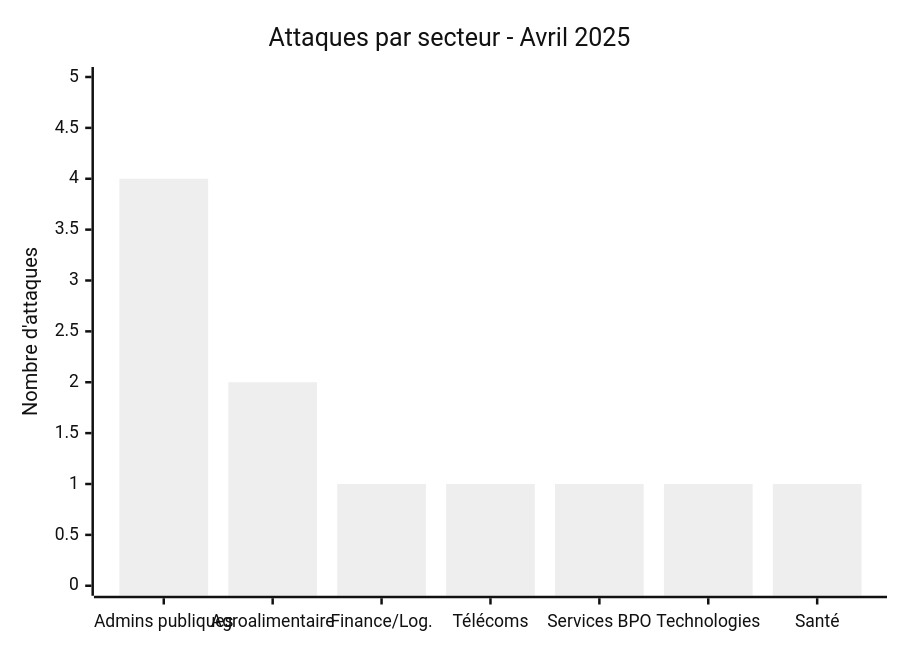
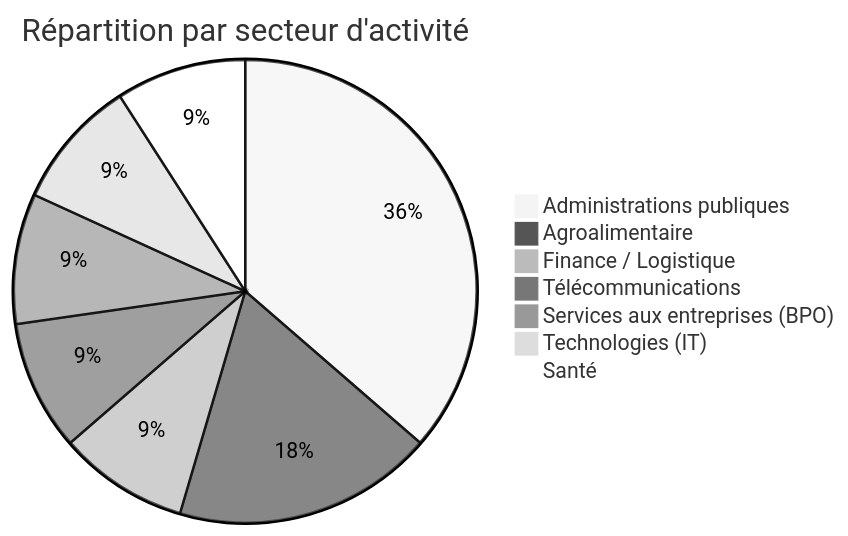
The second of 5 diagrams in reports/2025/04-april/README_FR.md (Hatchepsoute/AFRINTEL), drawn with Mermaid (neutral theme) before and after one commit. The commit also changed other lines of this file and 3 other files, not shown here.

````diff
--- a/reports/2025/04-april/README_FR.md
+++ b/reports/2025/04-april/README_FR.md
@@ -59,7 +59,10 @@
 ```mermaid
-xychart-beta
-    title "Attaques par secteur - Avril 2025"
-    x-axis ["Admins publiques", "Agroalimentaire", "Finance/Log.", "Télécoms", "Services BPO", "Technologies", "Santé"]
-    y-axis "Nombre d'attaques" 0 --> 5
-    bar [4, 2, 1, 1, 1, 1, 1]
+pie title Répartition par secteur d'activité
+    "Administrations publiques" : 4
+    "Agroalimentaire" : 2
+    "Finance / Logistique" : 1
+    "Télécommunications" : 1
+    "Services aux entreprises (BPO)" : 1
+    "Technologies (IT)" : 1
+    "Santé" : 1
 ```
````
